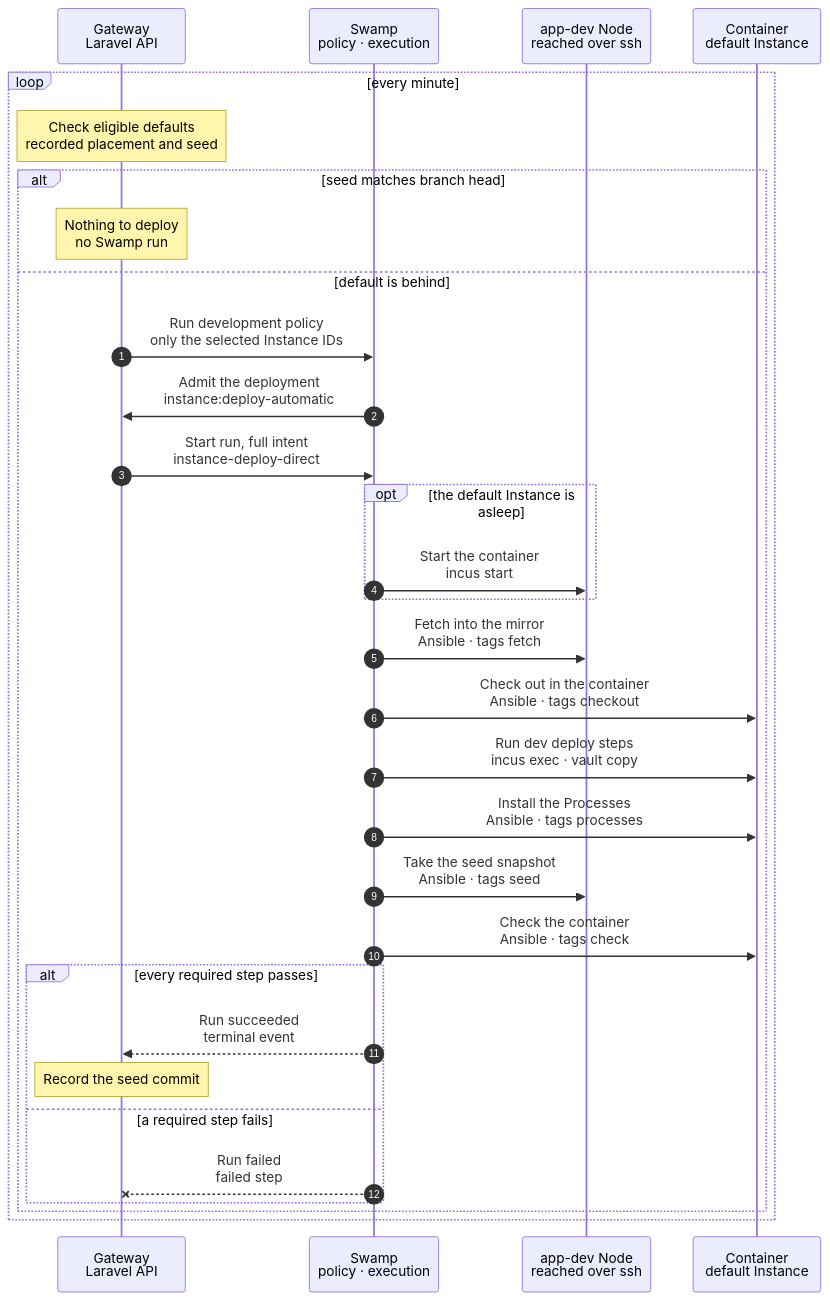
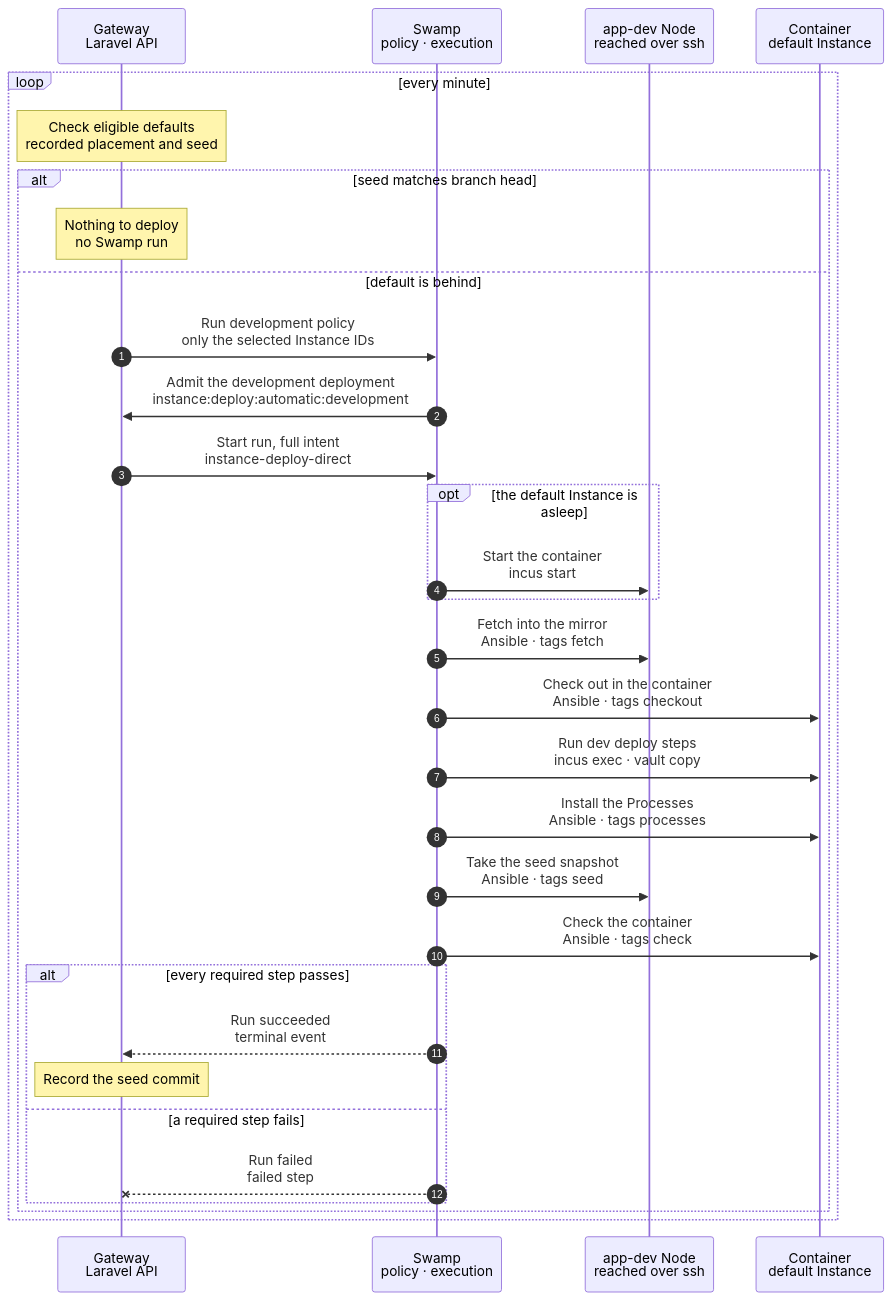
One commit to hardimpactdev/orbit changed the diagram in docs/cli/instance/container/deploy-default.mmd. Above: the diagram before and after it, drawn with Mermaid. The commit also changed 14 other files, not shown here.

First line of the commit message:
fix(instances): fence automatic development admission from production

```diff
--- a/docs/cli/instance/container/deploy-default.mmd
+++ b/docs/cli/instance/container/deploy-default.mmd
@@ -1,68 +1,70 @@
 sequenceDiagram
   %% Target design, container runtime (ADR 0250 step 3, docs/reference/development-containers.md#the-default-instance): the automatic development deployment of docs/reference/deployments.md, in the default Instance's container. The Gateway checks the branch head before it starts development policy; Swamp keeps the retry and admission state. When the charts move into place, this becomes the development branch of the deploy chart.
   %% status: draft
   %% command: none · automatic deployment policy
   %% kind: instance.deploy
   autonumber
   %% lane GW icon=gateway pill=intent tone=blue
   %% lane SW icon=workflow pill=executes tone=green
   %% lane N icon=server pill=target tone=amber
   %% lane C icon=server pill=target tone=purple
   participant GW as Gateway<br/>Laravel API
   participant SW as Swamp<br/>policy · execution
   participant N as app-dev Node<br/>reached over ssh
   participant C as Container<br/>default Instance
   loop every minute
     Note over GW: Check eligible defaults<br/>recorded placement and seed
     %%> What it does:
     %%> - selects only active container defaults with a seed snapshot and active app-dev placement, using the same ready-default rule as conn:project:list
     %%> - never selects checkout Instances: they are the user's working trees, not managed seed containers
     %%> - reads each eligible Project's default branch once through the cached source reader; no environment-template refresh
     alt seed matches branch head
       Note over GW: Nothing to deploy<br/>no Swamp run
     else default is behind
       GW->>SW: Run development policy<br/>only the selected Instance IDs
       %%> What it does:
       %%> - shares the retained behavior identity and development state; keeps pending admissions, backoff and retry limits
       %%> - never discovers or admits production work; its paused production schedule stays unchanged
-  SW->>GW: Admit the deployment<br/>instance:deploy-automatic
+  SW->>GW: Admit the development deployment<br/>instance:deploy:automatic:development
   %%> What it does:
+  %%> - Swamp rechecks development-specific eligibility from the Gateway, not the eligibility shared with production
+  %%> - the Gateway refuses non-development Instances and rechecks the ready container-default rule under the Instance lock
   %%> - the Gateway admits `instance.deploy` for that exact commit, with the Instance lock and a repository read token in the vault
   GW->>SW: Start run, full intent<br/>instance-deploy-direct
   opt the default Instance is asleep
     SW->>N: Start the container<br/>incus start
   end
   SW->>N: Fetch into the mirror<br/>Ansible · tags fetch
   %%> What it does:
   %%> - fetches into the Node's mirror and pushes the branch into the container as a bundle; the token never enters the container
   %%> - a pinned commit off the branch's first-parent chain refuses `deployment.commit_not_on_branch`
   SW->>C: Check out in the container<br/>Ansible · tags checkout
   %%> What it does:
   %%> - the same checks as a checkout default: a dirty tree refuses `deployment.checkout_dirty`, a diverged branch `deployment.branch_diverged`
   SW->>C: Run dev deploy steps<br/>incus exec · vault copy
   %%> What it does:
   %%> - the Project's development deploy steps, as `orbit`: they install changed dependencies and migrate
   SW->>C: Install the Processes<br/>Ansible · tags processes
   %%> What it does:
   %%> - installs the Project's new and changed development Process definitions as `orbit-*` units, with their environment files from the vault
   %%> - restarts a changed unit and removes a former environment file
   SW->>N: Take the seed snapshot<br/>Ansible · tags seed
   %%> What it does:
   %%> - stops the default's Processes for a moment, snapshots the container and starts them again, so clones copy no half-written file
   %%> - deletes older seed snapshots that no clone uses
   %%> - starting the units again restarts every running Process on the new commit, such as a queue worker
   SW->>C: Check the container<br/>Ansible · tags check
   %%> What it does:
   %%> - the branch is checked out at the commit and the units are active, else `deployment.branch_changed` or `deployment.processes_inactive`
   alt every required step passes
     SW-->>GW: Run succeeded<br/>terminal event
     Note over GW: Record the seed commit
     %%> Result:
     %%> - new clones start at this snapshot; existing clones do not change
   else a required step fails
     SW--xGW: Run failed<br/>failed step
     %%> Result:
     %%> - no new seed snapshot is taken, so clones keep starting at the last commit that deployed; Swamp's policy retries after its backoff
   end
   end
   end
```
